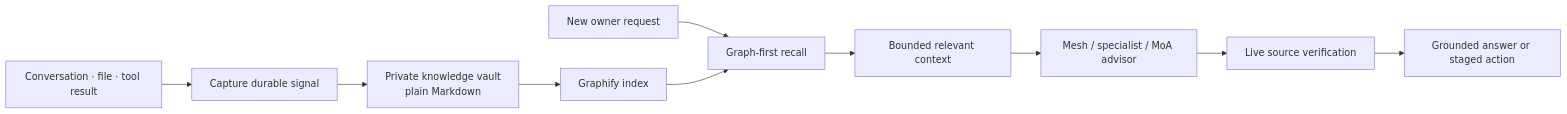
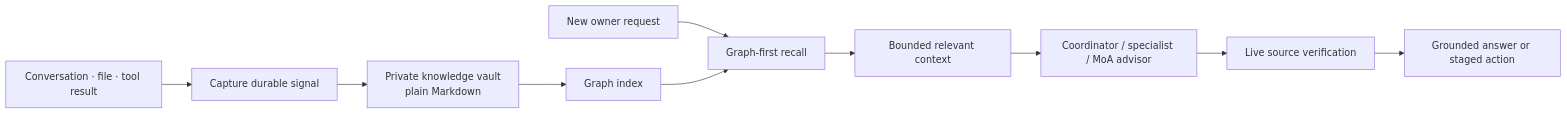
The fourth of 5 diagrams in README.md (thefiredev-cloud/meshvault-agentic-architecture), drawn with Mermaid before and after one commit. The commit also changed other lines of this file, not shown here.

````diff
--- a/README.md
+++ b/README.md
@@ -181,12 +199,12 @@
 ```mermaid
 flowchart LR
     Event["Conversation · file · tool result"] --> Capture["Capture durable signal"]
     Capture --> Vault["Private knowledge vault\nplain Markdown"]
-    Vault --> Graph["Graphify index"]
+    Vault --> Graph["Graph index"]
     Query["New owner request"] --> Recall["Graph-first recall"]
     Graph --> Recall
     Recall --> Context["Bounded relevant context"]
-    Context --> Agent["Mesh / specialist / MoA advisor"]
+    Context --> Agent["Coordinator / specialist / MoA advisor"]
     Agent --> Evidence["Live source verification"]
     Evidence --> Answer["Grounded answer or staged action"]
 ```
````
